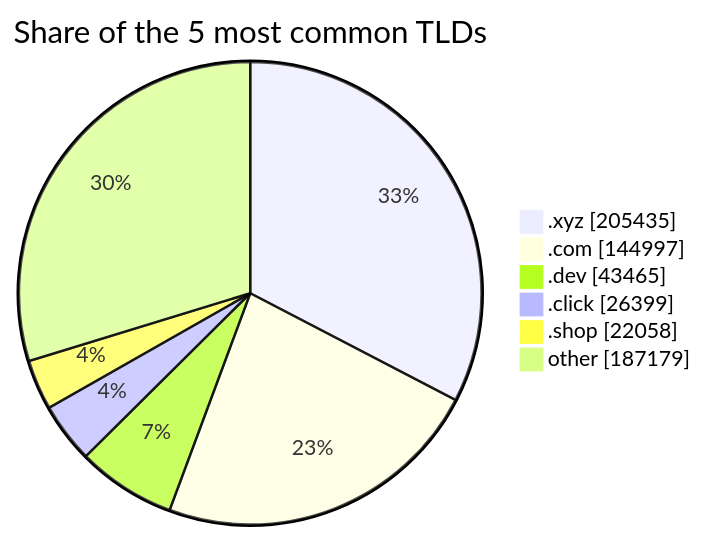
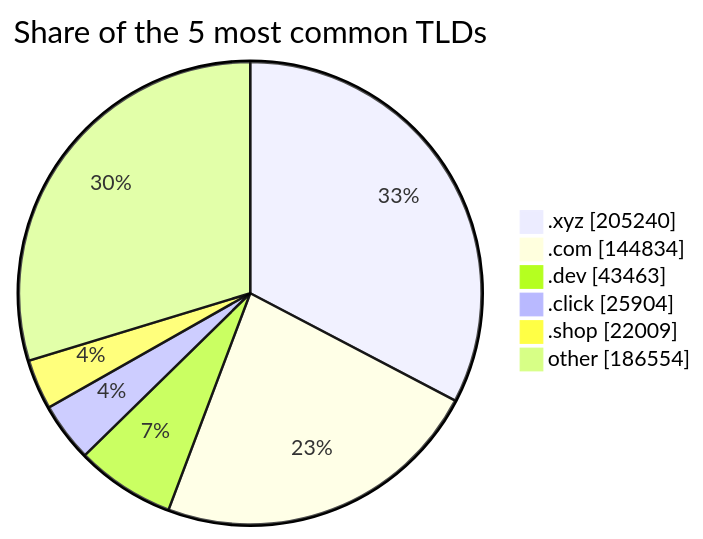
One commit to DNSBunker/CTI changed the third of 3 diagrams in README.md. Above: the diagram before and after it, drawn with Mermaid. The commit also changed other lines of this file and 3 other files, not shown here.

````diff
--- a/README.md
+++ b/README.md
@@ -81,9 +81,9 @@
 ```mermaid
 pie showData title Share of the 5 most common TLDs
-    ".xyz" : 205435
-    ".com" : 144997
-    ".dev" : 43465
-    ".click" : 26399
-    ".shop" : 22058
-    "other" : 187179
+    ".xyz" : 205240
+    ".com" : 144834
+    ".dev" : 43463
+    ".click" : 25904
+    ".shop" : 22009
+    "other" : 186554
 ```
````
